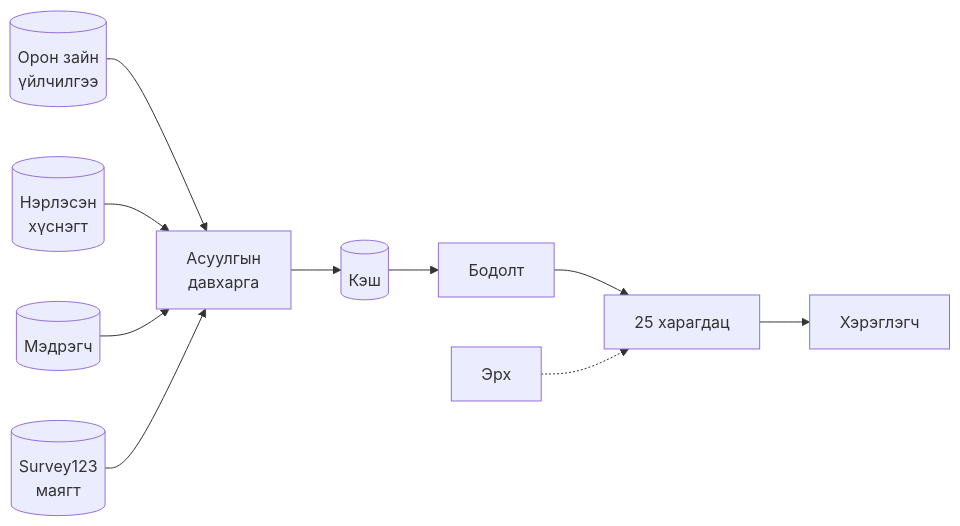
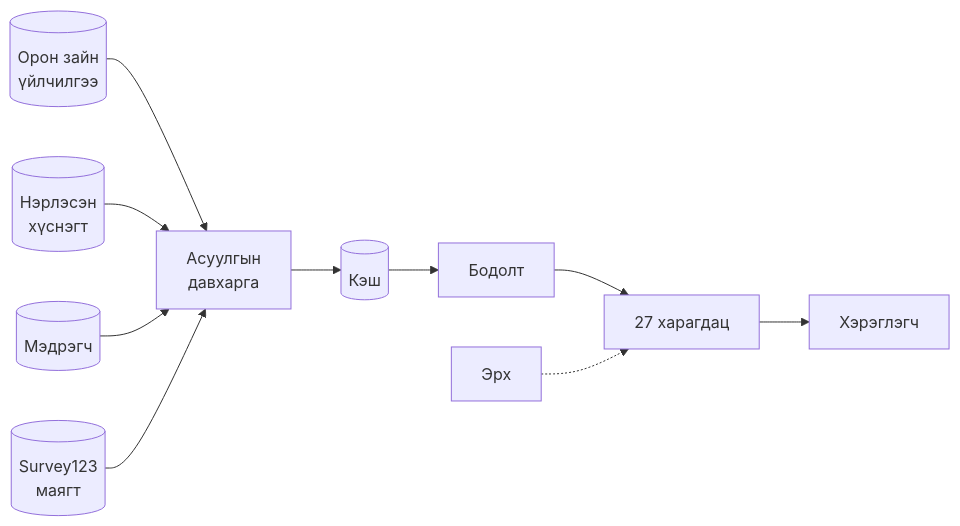
One commit to monmapgisteam-oss/Selbe_db changed the diagram in docs/SYSTEM.md. Above: the diagram before and after it, drawn with Mermaid. The commit also changed other lines of this file and 44 other files, not shown here.

````diff
--- a/docs/SYSTEM.md
+++ b/docs/SYSTEM.md
@@ -46,12 +46,12 @@
 ```mermaid
 flowchart LR
   SPACE[(Орон зайн<br/>үйлчилгээ)] --> Q[Асуулгын<br/>давхарга]
   TABLE[(Нэрлэсэн<br/>хүснэгт)] --> Q
   IOT[(Мэдрэгч)] --> Q
   FORM[(Survey123<br/>маягт)] --> Q
   Q --> CACHE[(Кэш)]
   CACHE --> CALC[Бодолт]
-  CALC --> VIEW[25 харагдац]
+  CALC --> VIEW[27 харагдац]
   VIEW --> USER[Хэрэглэгч]
   ACL[Эрх] -.-> VIEW
 ```
````
